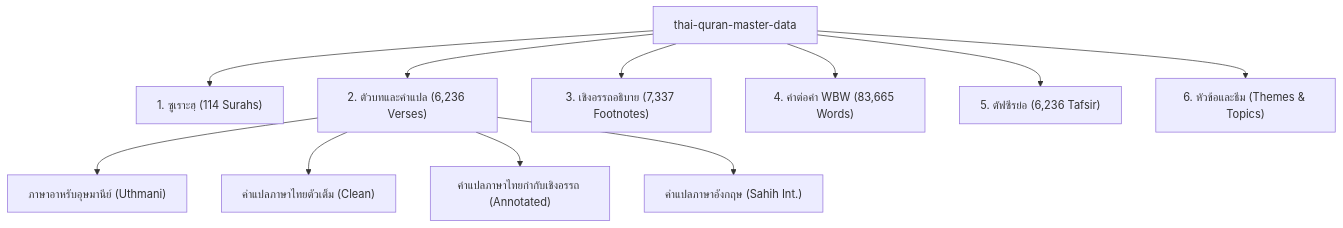
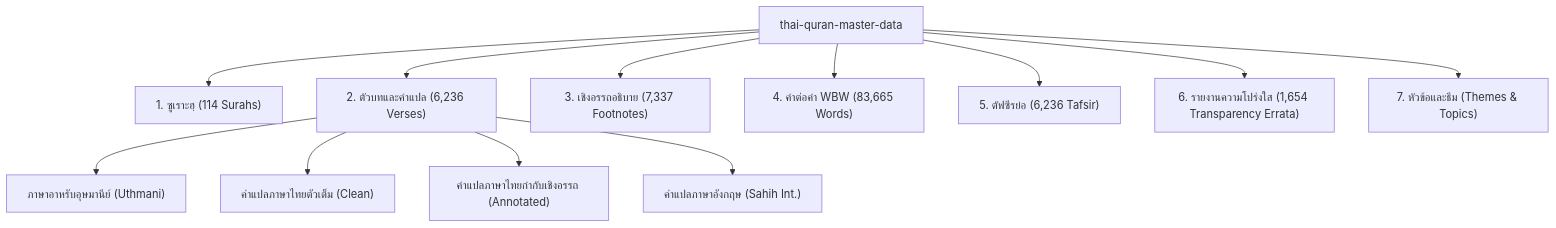
Before and after one commit to doxman13/thai-quran-master-data: the diagram in README.md, drawn with Mermaid. The commit also changed other lines of this file and 8 other files, not shown here.

````diff
--- a/README.md
+++ b/README.md
@@ -24,14 +26,15 @@
 ```mermaid
 graph TD
     M["thai-quran-master-data"] --> S["1. ซูเราะฮฺ (114 Surahs)"]
     M --> V["2. ตัวบทและคำแปล (6,236 Verses)"]
     M --> F["3. เชิงอรรถอธิบาย (7,337 Footnotes)"]
     M --> W["4. คำต่อคำ WBW (83,665 Words)"]
     M --> T["5. ตัฟซีรย่อ (6,236 Tafsir)"]
-    M --> TH["6. หัวข้อและธีม (Themes & Topics)"]
+    M --> TR["6. รายงานความโปร่งใส (1,654 Transparency Errata)"]
+    M --> TH["7. หัวข้อและธีม (Themes & Topics)"]
 
     V --> V1["ภาษาอาหรับอุษมานีย์ (Uthmani)"]
     V --> V2["คำแปลภาษาไทยตัวเต็ม (Clean)"]
     V --> V3["คำแปลภาษาไทยกำกับเชิงอรรถ (Annotated)"]
     V --> V4["คำแปลภาษาอังกฤษ (Sahih Int.)"]
 ```
````
